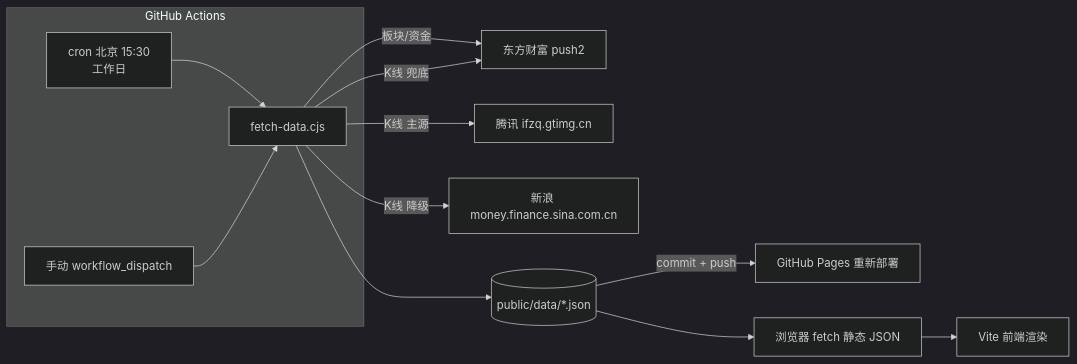
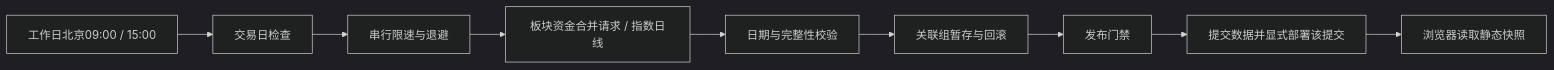
The diagram in README.md (2432448868/stock-frontend), drawn with Mermaid (dark theme) before and after one commit. The commit also changed other lines of this file and 16 other files, not shown here.

````diff
--- a/README.md
+++ b/README.md
@@ -20,15 +16,11 @@
 ```mermaid
 flowchart LR
-    subgraph GitHub Actions
-        A[cron 北京 15:30<br/>工作日] --> B[fetch-data.cjs]
-        H[手动 workflow_dispatch] --> B
-    end
-    B -->|板块/资金| C[东方财富 push2]
-    B -->|K线 主源| D[腾讯 ifzq.gtimg.cn]
-    B -->|K线 降级| E[新浪 money.finance.sina.com.cn]
-    B -->|K线 兜底| C
-    B --> F[(public/data/*.json)]
-    F -->|commit + push| G[GitHub Pages 重新部署]
-    F --> K[浏览器 fetch 静态 JSON]
-    K --> L[Vite 前端渲染]
+    A[工作日北京09:00 / 15:00] --> B[交易日检查]
+    B --> C[串行限速与退避]
+    C --> D[板块资金合并请求 / 指数日线]
+    D --> E[日期与完整性校验]
+    E --> F[关联组暂存与回滚]
+    F --> G[发布门禁]
+    G --> H[提交数据并显式部署该提交]
+    H --> I[浏览器读取静态快照]
 ```
````
